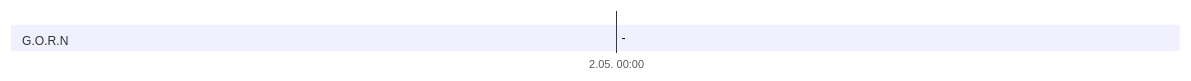
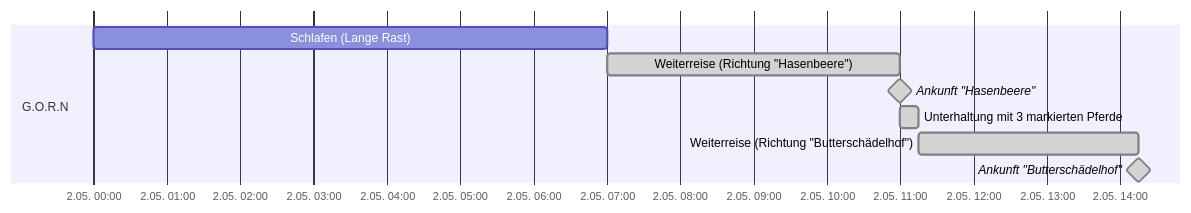
One commit to LorenJaffrey/DnD_PFT changed the ninth of 13 diagrams in Kampagne/Timeline Kampagne 2.md. Above: the diagram before and after it, drawn with Mermaid. The commit also changed other lines of this file, not shown here.

Commit message:
Timeline aus 04.09.2024 Session aktualisiert

````diff
--- a/Kampagne/Timeline Kampagne 2.md
+++ b/Kampagne/Timeline Kampagne 2.md
@@ -168,9 +157,14 @@
 ```mermaid
 gantt
 	dateFormat HH:mm
 	axisFormat %e.%m. %H:%M
 	tickinterval 1hour
 	weekday thursday
 	section G.O.R.N
-		-: a1, 2024-05-02 00:00, 
+		Schlafen (Lange Rast): a1, 2024-05-02 00:00, 7h
+		Weiterreise (Richtung "Hasenbeere"): done, a2, after a1, 4h
+		Ankunft "Hasenbeere": done, milestone, a3, after a2, 0m
+		Unterhaltung mit 3 markierten Pferde: done, a4, after a3, 15m
+		Weiterreise (Richtung "Butterschädelhof"): done, a5, after a4, 3h
+		Ankunft "Butterschädelhof": done, milestone, a6, after a5, 0m
 ```
````
